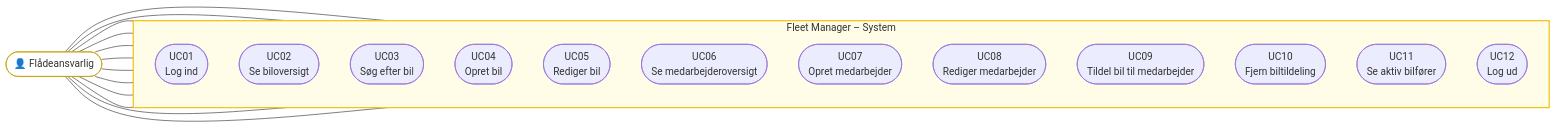
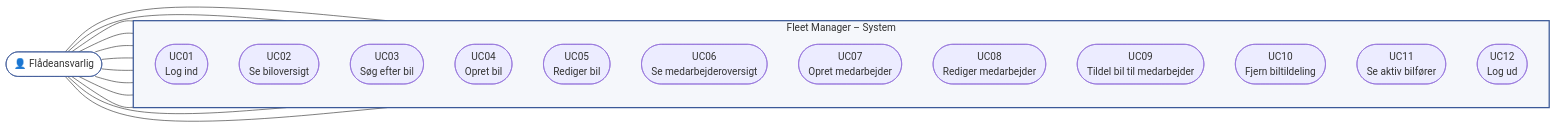
One commit to JenosanJudes/FleetManager_SEP2 changed the diagram in diagrams/use_case_diagram.md. Above: the diagram before and after it, drawn with Mermaid. The commit also changed 6 other files, not shown here.

````diff
--- a/diagrams/use_case_diagram.md
+++ b/diagrams/use_case_diagram.md
@@ -5,36 +5,36 @@
 ```mermaid
 flowchart LR
     actor(["👤 Flådeansvarlig"])
 
     subgraph system["Fleet Manager – System"]
         direction TB
         UC01(["UC01\nLog ind"])
         UC02(["UC02\nSe biloversigt"])
         UC03(["UC03\nSøg efter bil"])
         UC04(["UC04\nOpret bil"])
         UC05(["UC05\nRediger bil"])
         UC06(["UC06\nSe medarbejderoversigt"])
         UC07(["UC07\nOpret medarbejder"])
         UC08(["UC08\nRediger medarbejder"])
         UC09(["UC09\nTildel bil til medarbejder"])
         UC10(["UC10\nFjern biltildeling"])
         UC11(["UC11\nSe aktiv bilfører"])
         UC12(["UC12\nLog ud"])
     end
 
     actor --- UC01
     actor --- UC02
     actor --- UC03
     actor --- UC04
     actor --- UC05
     actor --- UC06
     actor --- UC07
     actor --- UC08
     actor --- UC09
     actor --- UC10
     actor --- UC11
     actor --- UC12
 
-    style system fill:#fffde7,stroke:#f5c218,stroke-width:2px
-    style actor fill:#fff,stroke:#c8a000
+    style system fill:#F5F7FB,stroke:#3B5998,stroke-width:2px
+    style actor fill:#fff,stroke:#3B5998
 ```
````
